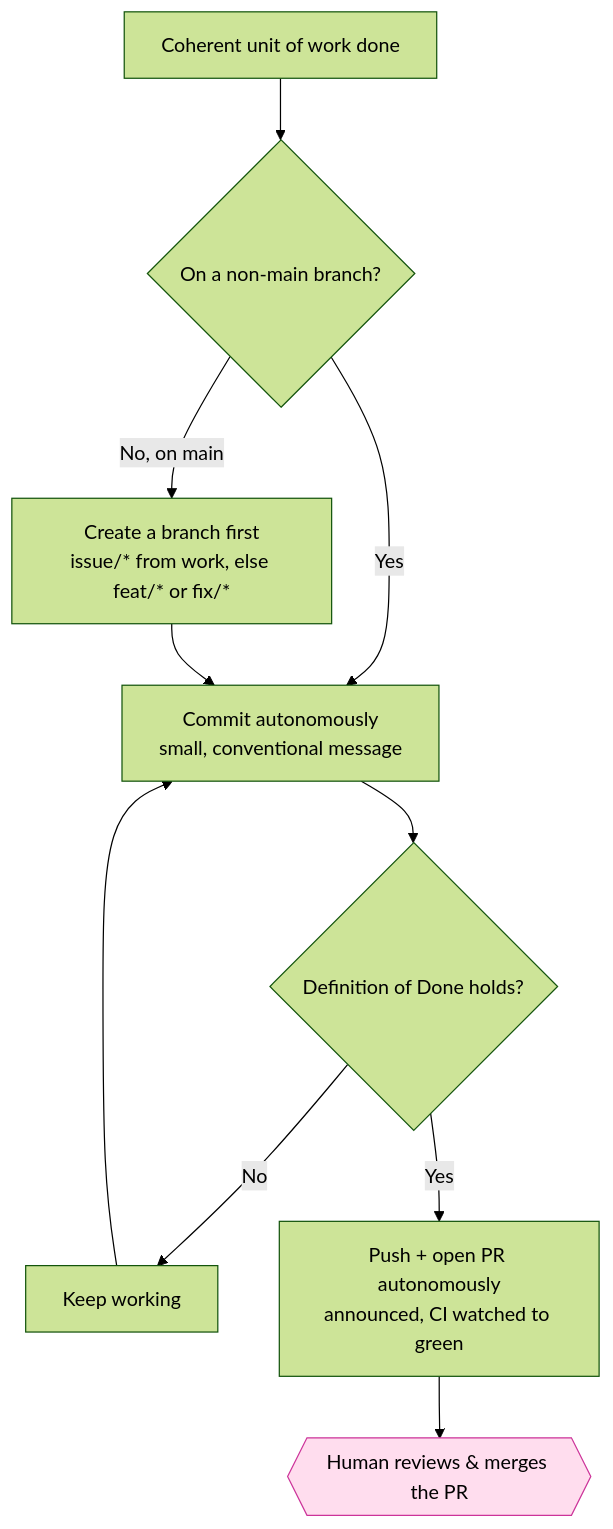
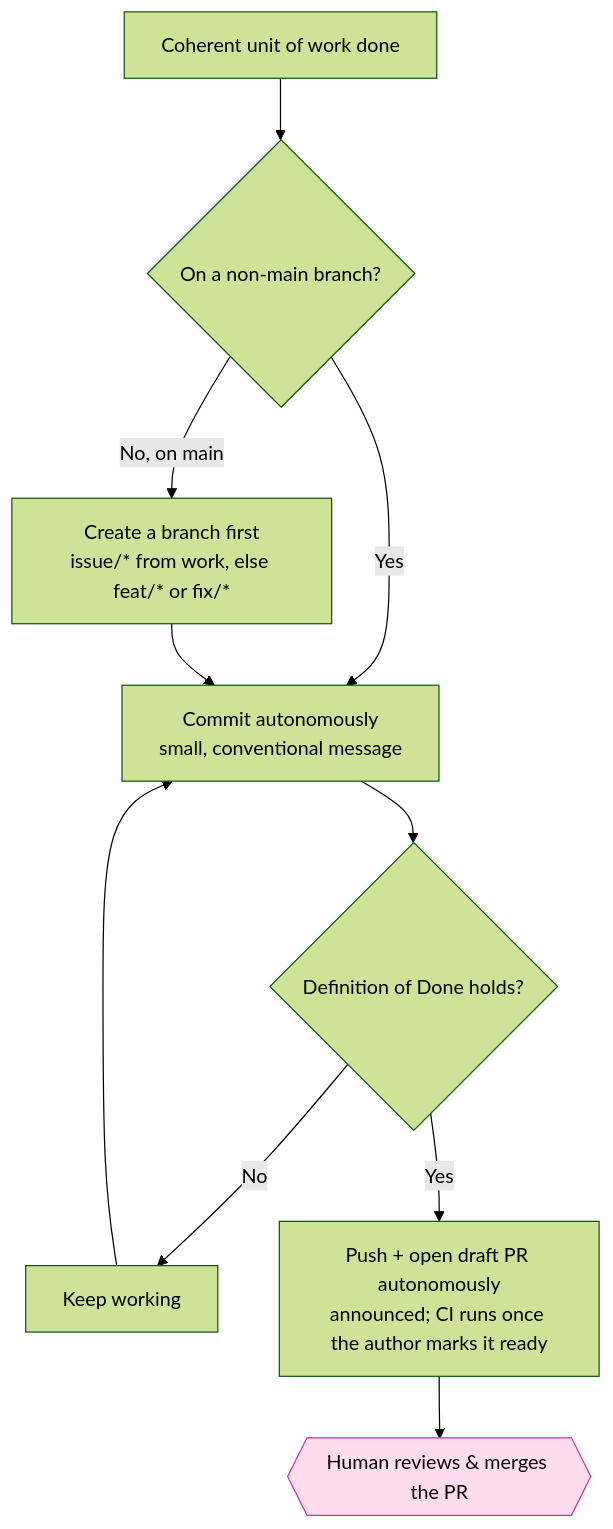
Before and after one commit to element22llc/e22-plugins: the diagram in docs/concepts/authorization-model.md, drawn with Mermaid (forest theme). The commit also changed other lines of this file and 22 other files, not shown here.

First line of the commit message:
feat(skills): open the /steer:work PR as a draft and stop at validate

````diff
--- a/docs/concepts/authorization-model.md
+++ b/docs/concepts/authorization-model.md
@@ -8,15 +8,15 @@
 ```mermaid
 flowchart TD
     START[Coherent unit of work done] --> BRANCH{On a non-main branch?}
     BRANCH -->|No, on main| MK[Create a branch first<br/>issue/* from work, else feat/* or fix/*]
     BRANCH -->|Yes| COMMIT
     MK --> COMMIT[Commit autonomously<br/>small, conventional message]
     COMMIT --> DONE{Definition of Done holds?}
     DONE -->|No| MORE[Keep working]
     MORE --> COMMIT
-    DONE -->|Yes| PUSH[Push + open PR autonomously<br/>announced, CI watched to green]
+    DONE -->|Yes| PUSH[Push + open draft PR autonomously<br/>announced; CI runs once the author marks it ready]
     PUSH --> GATE{{Human reviews & merges the PR}}
 
     classDef gated fill:#fde,stroke:#c39
     class GATE gated
 ```
````
